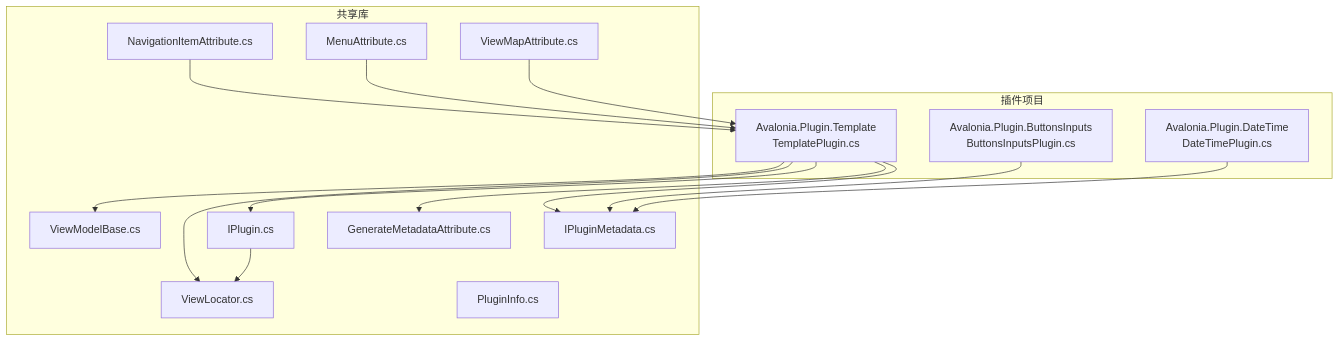
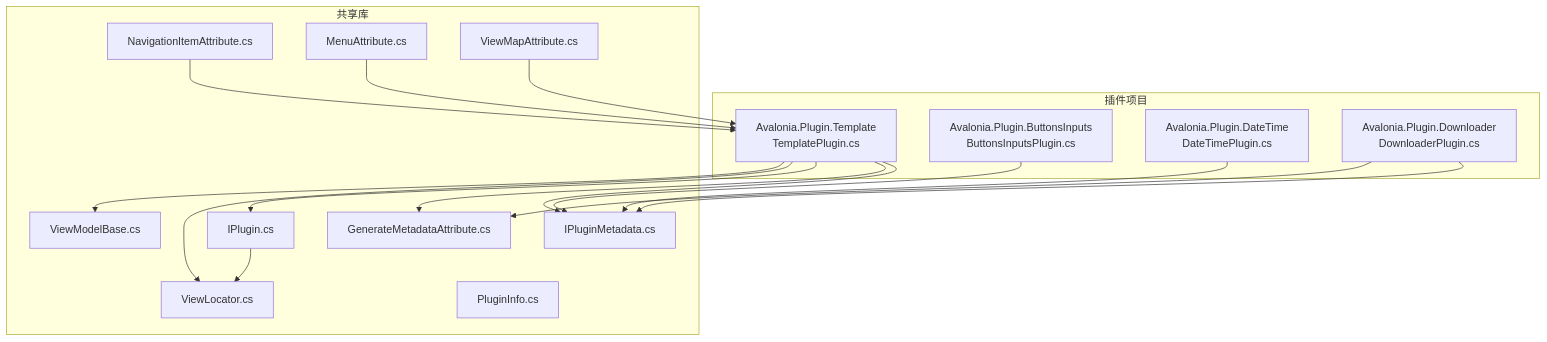
Before and after one commit to lytree/AvaloniaTemplate: the first of 7 diagrams in .qoder/repowiki/zh/content/插件开发教程/插件开发教程.md, drawn with Mermaid. The commit also changed other lines of this file and 3 other files, not shown here.

````diff
--- a/.qoder/repowiki/zh/content/插件开发教程/插件开发教程.md
+++ b/.qoder/repowiki/zh/content/插件开发教程/插件开发教程.md
@@ -46,30 +60,33 @@
 ```mermaid
 graph TB
 subgraph "插件项目"
 TPL["Avalonia.Plugin.Template<br/>TemplatePlugin.cs"]
 BTN["Avalonia.Plugin.ButtonsInputs<br/>ButtonsInputsPlugin.cs"]
 DT["Avalonia.Plugin.DateTime<br/>DateTimePlugin.cs"]
+DOWN["Avalonia.Plugin.Downloader<br/>DownloaderPlugin.cs"]
 end
 subgraph "共享库"
 IF1["IPlugin.cs"]
 IF2["IPluginMetadata.cs"]
 LOC["ViewLocator.cs"]
 ATTR1["GenerateMetadataAttribute.cs"]
 ATTR2["NavigationItemAttribute.cs"]
 ATTR3["MenuAttribute.cs"]
 ATTR4["ViewMapAttribute.cs"]
 VMB["ViewModelBase.cs"]
 PINF["PluginInfo.cs"]
 end
 TPL --> IF2
 TPL --> ATTR1
 BTN --> IF2
 DT --> IF2
+DOWN --> IF2
+DOWN --> ATTR1
 TPL --> IF1
 TPL --> LOC
 TPL --> VMB
 IF1 --> LOC
 ATTR2 --> TPL
 ATTR3 --> TPL
 ATTR4 --> TPL
 ```
````
